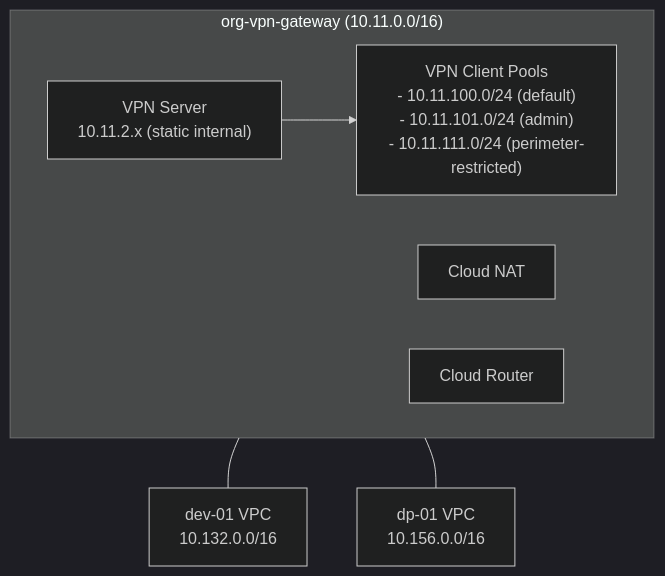
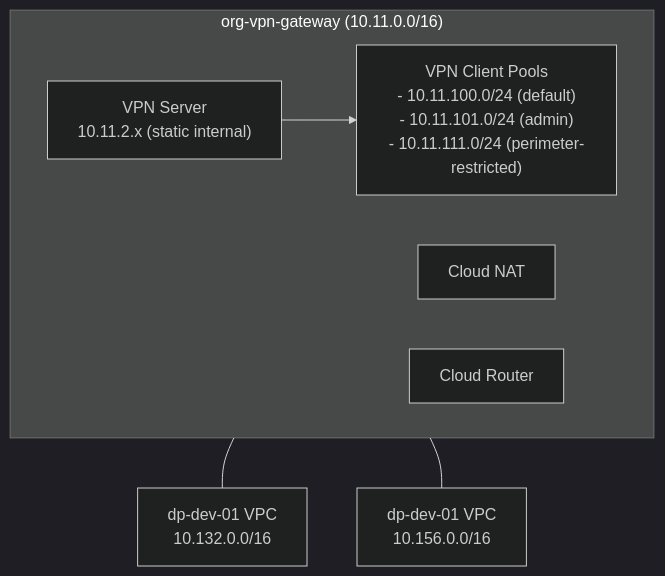
Before and after one commit to spolspol/terragrunt-gcp-org-automation: the diagram in docs/VPC_PEERING_AND_VPN_GATEWAY.md, drawn with Mermaid (dark theme). The commit also changed other lines of this file and 197 other files, not shown here.

````diff
--- a/docs/VPC_PEERING_AND_VPN_GATEWAY.md
+++ b/docs/VPC_PEERING_AND_VPN_GATEWAY.md
@@ -48,16 +48,16 @@
 ```mermaid
 graph TB
   subgraph Hub["org-vpn-gateway (10.11.0.0/16)"]
     VPN_SERVER["VPN Server\n10.11.2.x (static internal)"]
     POOLS["VPN Client Pools\n- 10.11.100.0/24 (default)\n- 10.11.101.0/24 (admin)\n- 10.11.111.0/24 (perimeter-restricted)"]
     NAT["Cloud NAT"]
     ROUTER["Cloud Router"]
   end
 
-  DEV["dev-01 VPC\n10.132.0.0/16"]
-  UAT["dp-01 VPC\n10.156.0.0/16"]
+  DEV["dp-dev-01 VPC\n10.132.0.0/16"]
+  UAT["dp-dev-01 VPC\n10.156.0.0/16"]
 
   VPN_SERVER --> POOLS
   Hub --- DEV
   Hub --- UAT
 ```
````
